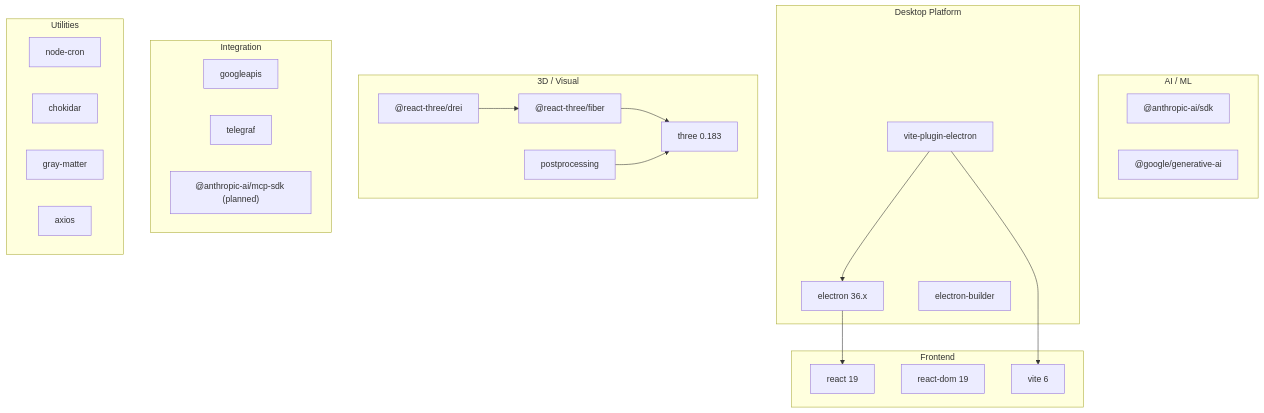
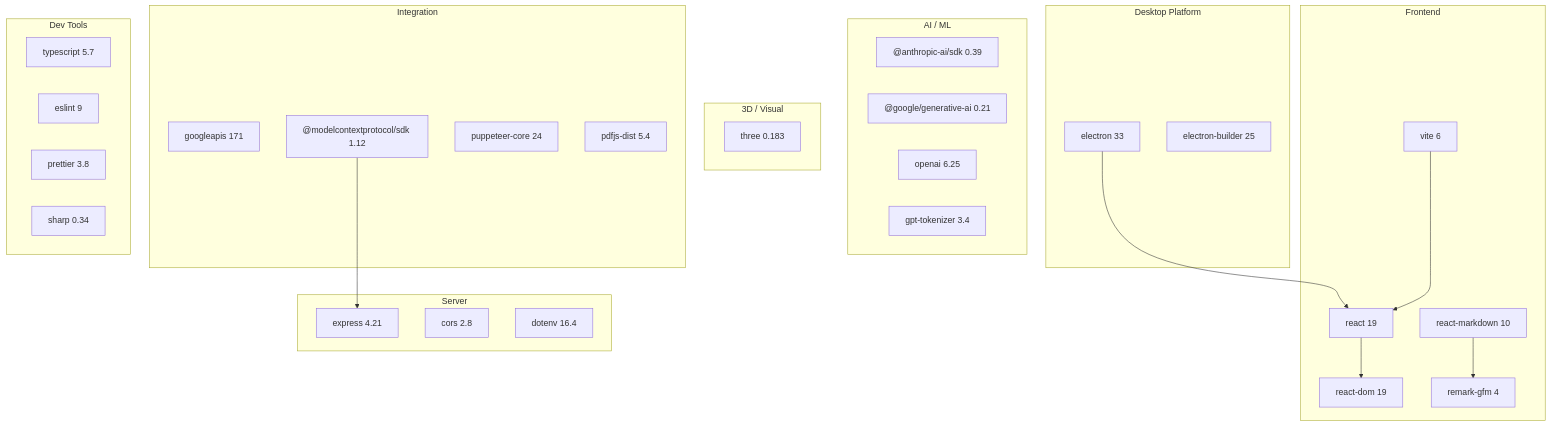
Before and after one commit to FutureSpeakAI/Agent-Friday: diagram 14 of 17 in ARCHITECTURE.md, drawn with Mermaid. The commit also changed other lines of this file and 1 other file, not shown here.

First line of the commit message:
Comprehensive documentation rewrite — README and ARCHITECTURE

````diff
--- a/ARCHITECTURE.md
+++ b/ARCHITECTURE.md
@@ -1034,46 +1124,52 @@
 ```mermaid
 graph TD
     subgraph "AI / ML"
-        ANTHROPIC["@anthropic-ai/sdk"]
-        GOOGLE_AI["@google/generative-ai"]
+        ANTHROPIC["@anthropic-ai/sdk 0.39"]
+        GOOGLE_AI["@google/generative-ai 0.21"]
+        OPENAI_SDK["openai 6.25"]
+        GPT_TOK["gpt-tokenizer 3.4"]
     end
 
     subgraph "Desktop Platform"
-        ELECTRON[electron 36.x]
-        BUILDER[electron-builder]
-        VITE_ELECTRON[vite-plugin-electron]
+        ELECTRON["electron 33"]
+        BUILDER["electron-builder 25"]
     end
 
     subgraph "3D / Visual"
-        THREE[three 0.183]
-        DREI["@react-three/drei"]
-        FIBER["@react-three/fiber"]
-        POSTPROCESSING[postprocessing]
+        THREE["three 0.183"]
     end
 
     subgraph "Frontend"
-        REACT[react 19]
-        REACT_DOM[react-dom 19]
-        VITE[vite 6]
+        REACT["react 19"]
+        REACT_DOM["react-dom 19"]
+        REACT_MD["react-markdown 10"]
+        REMARK["remark-gfm 4"]
+        VITE["vite 6"]
     end
 
     subgraph "Integration"
-        GOOGLEAPIS[googleapis]
-        TELEGRAF[telegraf]
-        MCP_SDK["@anthropic-ai/mcp-sdk (planned)"]
+        GOOGLEAPIS["googleapis 171"]
+        MCP_SDK["@modelcontextprotocol/sdk 1.12"]
+        PUPPETEER["puppeteer-core 24"]
+        PDF["pdfjs-dist 5.4"]
     end
 
-    subgraph "Utilities"
-        CRON[node-cron]
-        CHOKIDAR[chokidar]
-        GRAY_MATTER[gray-matter]
-        AXIOS[axios]
+    subgraph "Server"
+        EXPRESS["express 4.21"]
+        CORS["cors 2.8"]
+        DOTENV["dotenv 16.4"]
+    end
+
+    subgraph "Dev Tools"
+        TYPESCRIPT["typescript 5.7"]
+        ESLINT["eslint 9"]
+        PRETTIER["prettier 3.8"]
+        SHARP["sharp 0.34"]
     end
 
     ELECTRON --> REACT
-    FIBER --> THREE
-    DREI --> FIBER
-    POSTPROCESSING --> THREE
-    VITE_ELECTRON --> VITE
-    VITE_ELECTRON --> ELECTRON
+    REACT --> REACT_DOM
+    REACT_MD --> REMARK
+    VITE --> REACT
+    MCP_SDK --> EXPRESS
 ```
````
